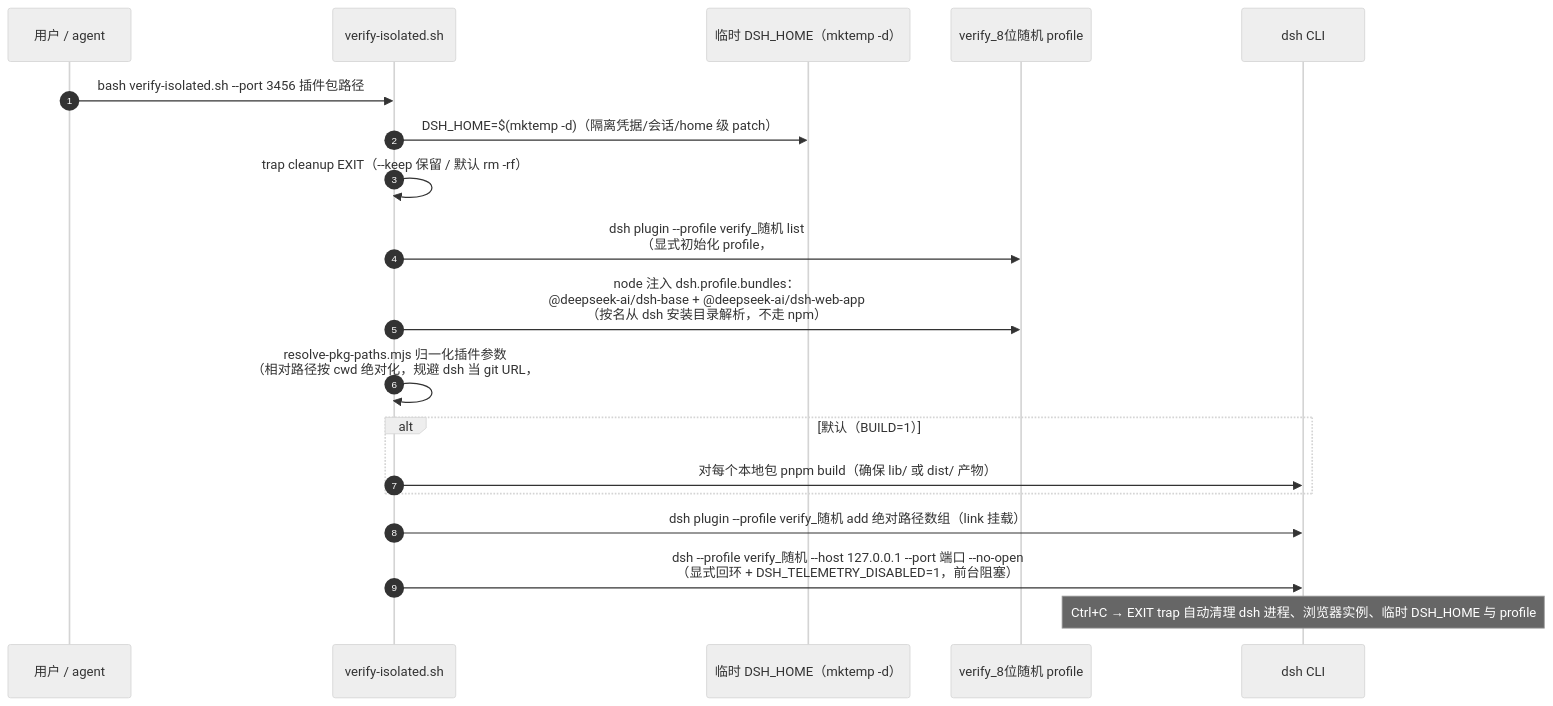
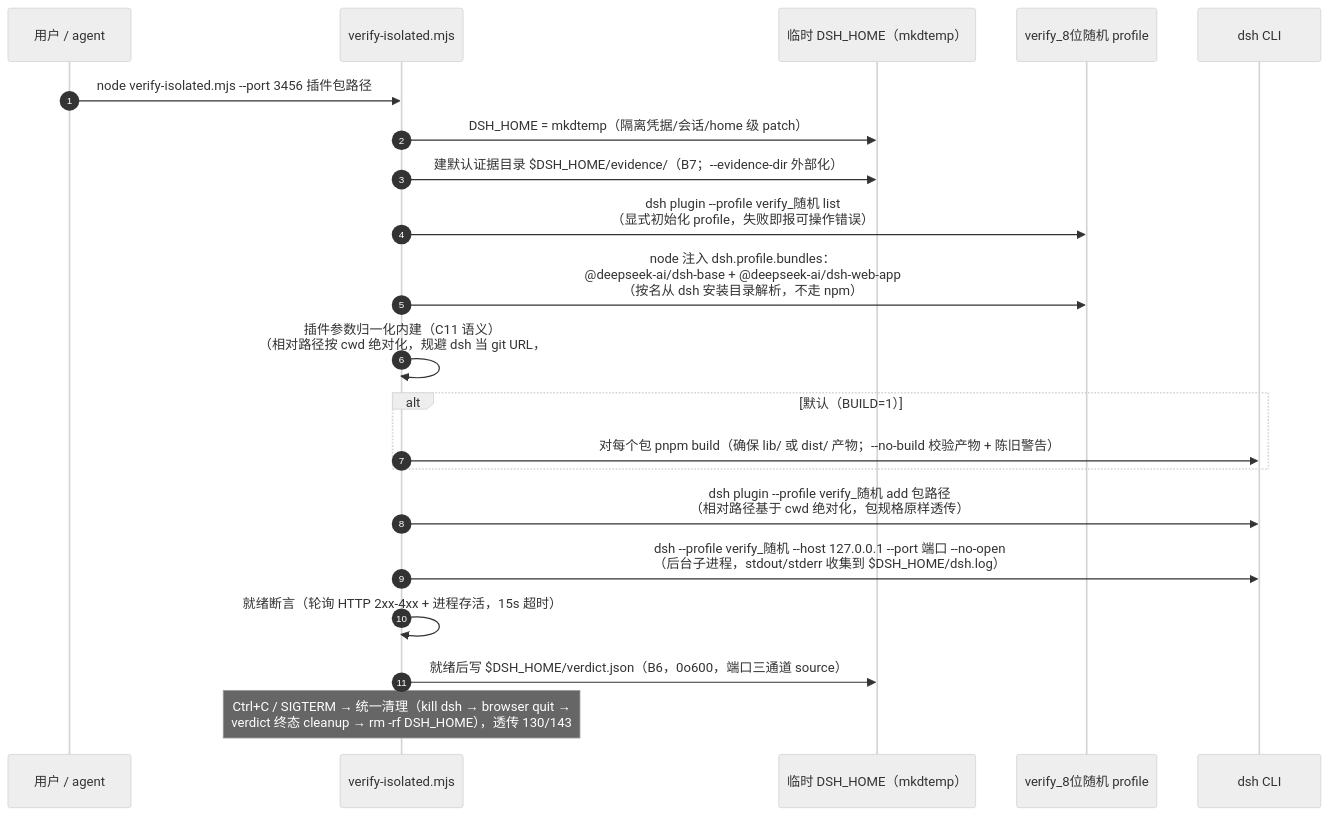
Before and after one commit to wingsky-1/dsh-plugin-hub: the second of 2 diagrams in docs/architecture/dsh-verify-isolated.md, drawn with Mermaid (neutral theme). The commit also changed other lines of this file and 9 other files, not shown here.

First line of the commit message:
C8+B6+B7：verify-isolated.sh → verify-isolated.mjs（node 重写）+ B6 verdict + B7 --evidence-dir (#538)

````diff
--- a/docs/architecture/dsh-verify-isolated.md
+++ b/docs/architecture/dsh-verify-isolated.md
@@ -54,22 +56,24 @@
 ```mermaid
 sequenceDiagram
     autonumber
     participant U as 用户 / agent
-    participant SH as verify-isolated.sh
-    participant T as 临时 DSH_HOME（mktemp -d）
+    participant SH as verify-isolated.mjs
+    participant T as 临时 DSH_HOME（mkdtemp）
     participant P as verify_8位随机 profile
     participant D as dsh CLI
 
-    U->>SH: bash verify-isolated.sh --port 3456 插件包路径
-    SH->>T: DSH_HOME=$(mktemp -d)（隔离凭据/会话/home 级 patch）
-    SH->>SH: trap cleanup EXIT（--keep 保留 / 默认 rm -rf）
-    SH->>P: dsh plugin --profile verify_随机 list<br/>（显式初始化 profile，#376 M1）
+    U->>SH: node verify-isolated.mjs --port 3456 插件包路径
+    SH->>T: DSH_HOME = mkdtemp（隔离凭据/会话/home 级 patch）
+    SH->>T: 建默认证据目录 $DSH_HOME/evidence/（B7；--evidence-dir 外部化）
+    SH->>P: dsh plugin --profile verify_随机 list<br/>（显式初始化 profile，失败即报可操作错误）
     SH->>P: node 注入 dsh.profile.bundles：<br/>@deepseek-ai/dsh-base + @deepseek-ai/dsh-web-app<br/>（按名从 dsh 安装目录解析，不走 npm）
-    SH->>SH: resolve-pkg-paths.mjs 归一化插件参数<br/>（相对路径按 cwd 绝对化，规避 dsh 当 git URL，#517 C11）
+    SH->>SH: 插件参数归一化内建（C11 语义）<br/>（相对路径按 cwd 绝对化，规避 dsh 当 git URL，#517 C11）
     alt 默认（BUILD=1）
-        SH->>D: 对每个本地包 pnpm build（确保 lib/ 或 dist/ 产物）
+        SH->>D: 对每个包 pnpm build（确保 lib/ 或 dist/ 产物；--no-build 校验产物 + 陈旧警告）
     end
-    SH->>D: dsh plugin --profile verify_随机 add 绝对路径数组（link 挂载）
-    SH->>D: dsh --profile verify_随机 --host 127.0.0.1 --port 端口 --no-open<br/>（显式回环 + DSH_TELEMETRY_DISABLED=1，前台阻塞）
-    Note over D: Ctrl+C → EXIT trap 自动清理 dsh 进程、浏览器实例、临时 DSH_HOME 与 profile
+    SH->>D: dsh plugin --profile verify_随机 add 包路径<br/>（相对路径基于 cwd 绝对化，包规格原样透传）
+    SH->>D: dsh --profile verify_随机 --host 127.0.0.1 --port 端口 --no-open<br/>（后台子进程，stdout/stderr 收集到 $DSH_HOME/dsh.log）
+    SH->>SH: 就绪断言（轮询 HTTP 2xx-4xx + 进程存活，15s 超时）
+    SH->>T: 就绪后写 $DSH_HOME/verdict.json（B6，0o600，端口三通道 source）
+    Note over SH: Ctrl+C / SIGTERM → 统一清理（kill dsh → browser quit →<br/>verdict 终态 cleanup → rm -rf DSH_HOME），透传 130/143
 ```
````
